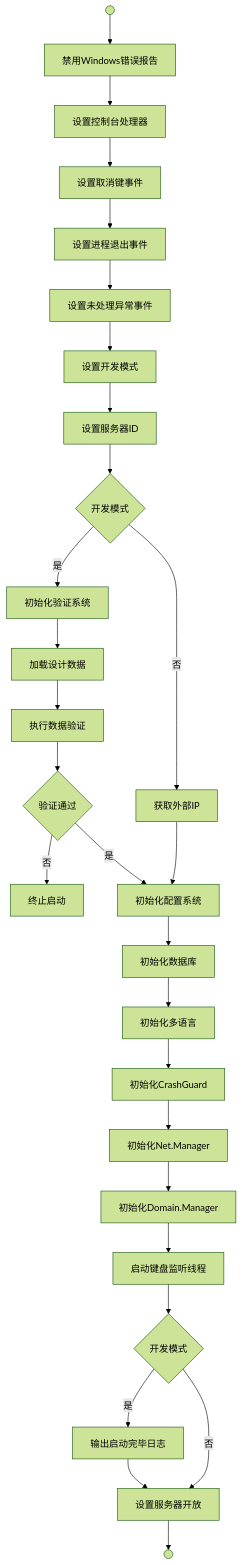
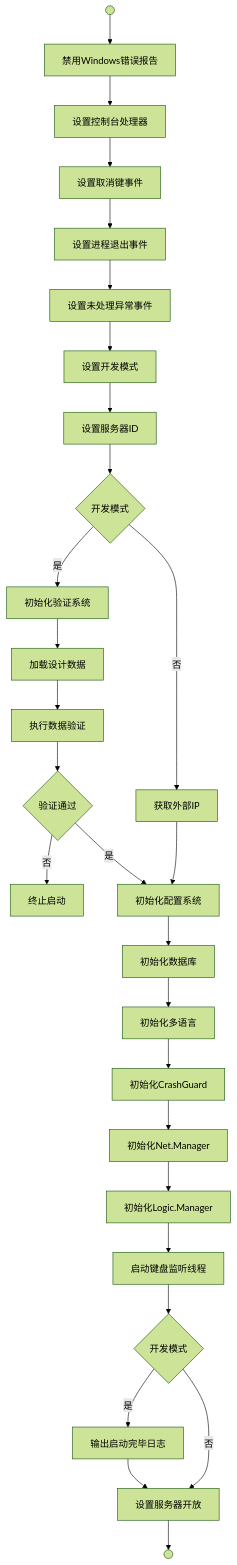
Before and after one commit to zlex001/LOA-Server: the second of 4 diagrams in Documents/Standard/程序入口.md, drawn with Mermaid (forest theme). The commit also changed other lines of this file and 639 other files, not shown here.

````diff
--- a/Documents/Standard/程序入口.md
+++ b/Documents/Standard/程序入口.md
@@ -46,57 +46,57 @@
 ```mermaid
 graph TD
     Start((" "))
     DisableError[禁用Windows错误报告]
     SetCtrlHandler[设置控制台处理器]
     SetCancelKey[设置取消键事件]
     SetProcessExit[设置进程退出事件]
     SetUnhandled[设置未处理异常事件]
     SetDevelopment[设置开发模式]
     SetServerId[设置服务器ID]
     CheckMode{开发模式}
     InitValidation[初始化验证系统]
     LoadDesign[加载设计数据]
     RunValidation[执行数据验证]
     CheckValid{验证通过}
     FetchIP[获取外部IP]
     InitConfig[初始化配置系统]
     InitDatabase[初始化数据库]
     InitText[初始化多语言]
     InitCrash[初始化CrashGuard]
     InitNet[初始化Net.Manager]
-    InitDomain[初始化Domain.Manager]
+    InitDomain[初始化Logic.Manager]
     StartKeyboard[启动键盘监听线程]
     CheckDev2{开发模式}
     ShowLog[输出启动完毕日志]
     SetOpen[设置服务器开放]
     Terminate[终止启动]
     End((" "))
     
     Start --> DisableError
     DisableError --> SetCtrlHandler
     SetCtrlHandler --> SetCancelKey
     SetCancelKey --> SetProcessExit
     SetProcessExit --> SetUnhandled
     SetUnhandled --> SetDevelopment
     SetDevelopment --> SetServerId
     SetServerId --> CheckMode
     CheckMode -->|是| InitValidation
     CheckMode -->|否| FetchIP
     InitValidation --> LoadDesign
     LoadDesign --> RunValidation
     RunValidation --> CheckValid
     CheckValid -->|否| Terminate
     CheckValid -->|是| InitConfig
     FetchIP --> InitConfig
     InitConfig --> InitDatabase
     InitDatabase --> InitText
     InitText --> InitCrash
     InitCrash --> InitNet
     InitNet --> InitDomain
     InitDomain --> StartKeyboard
     StartKeyboard --> CheckDev2
     CheckDev2 -->|是| ShowLog
     CheckDev2 -->|否| SetOpen
     ShowLog --> SetOpen
     SetOpen --> End
 ```
````
